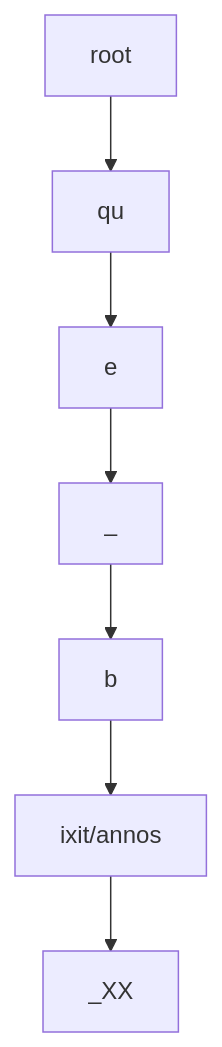
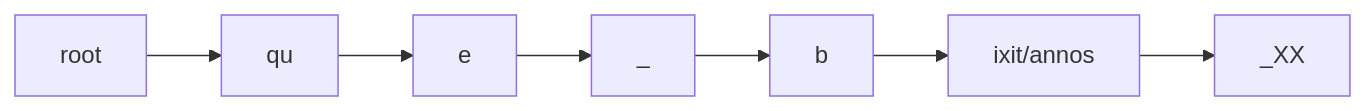
The first of 2 diagrams in docs/add.md (vedph/cadmus-migration-v2), drawn with Mermaid before and after one commit. The commit also changed other lines of this file, not shown here.

````diff
--- a/docs/add.md
+++ b/docs/add.md
@@ -76,10 +76,10 @@
 ```mermaid
-graph TB;
+graph LR;
 
 root --> 1[qu]
 1 --> 2[e]
 2 --> 3[_]
 3 --> 4[b]
 4 --> 5[ixit/annos]
 5 --> 6[_XX]
 ```
````
